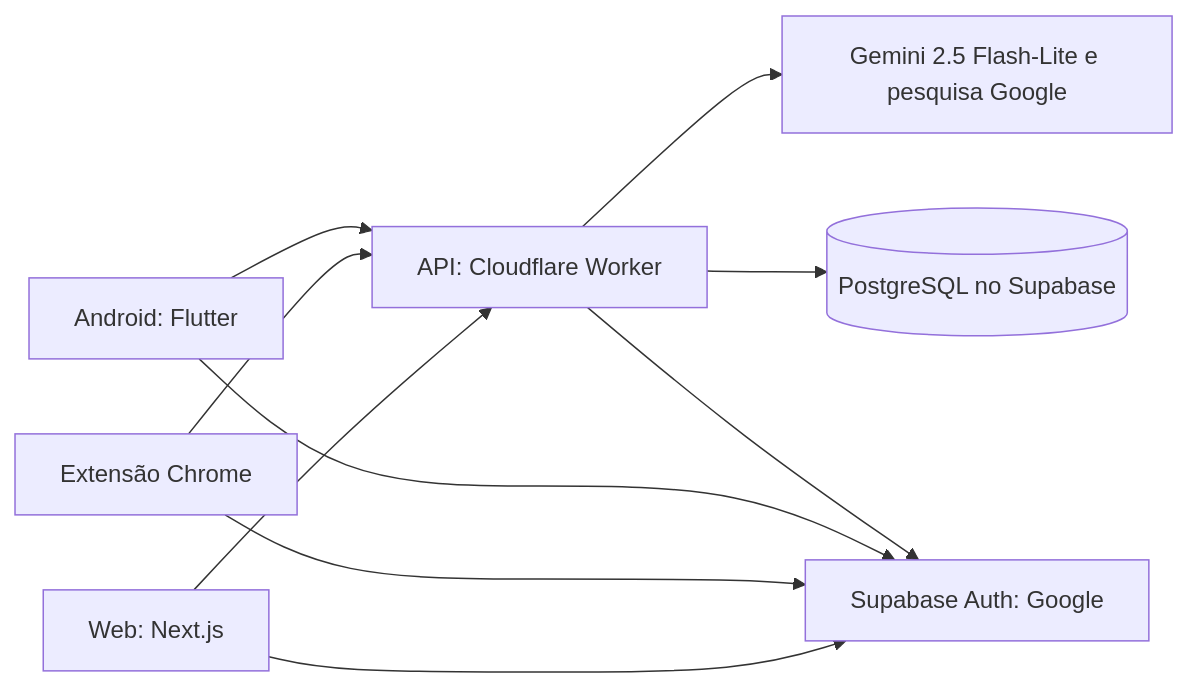
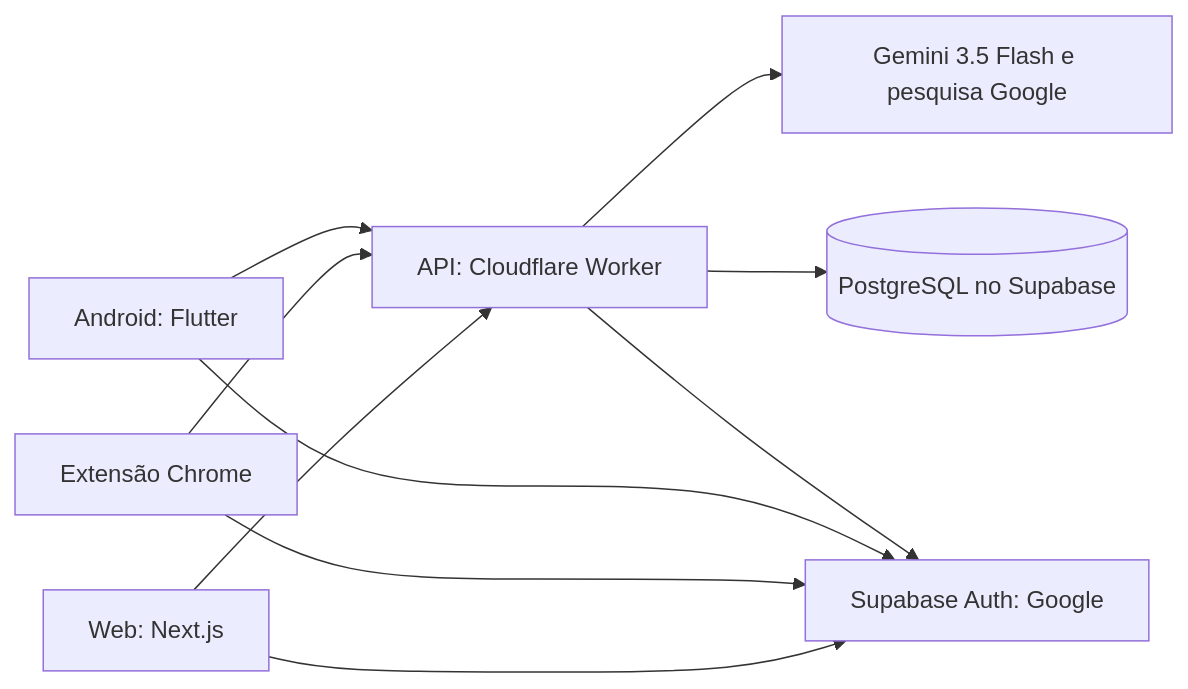
One commit to Muski360/AutenticAI changed the diagram in docs/ARQUITETURA.md. Above: the diagram before and after it, drawn with Mermaid. The commit also changed other lines of this file and 15 other files, not shown here.

````diff
--- a/docs/ARQUITETURA.md
+++ b/docs/ARQUITETURA.md
@@ -7,12 +7,12 @@
 ```mermaid
 flowchart LR
     W[Web: Next.js] --> API[API: Cloudflare Worker]
     C[Extensão Chrome] --> API
     A[Android: Flutter] --> API
-    API --> G[Gemini 2.5 Flash-Lite e pesquisa Google]
+    API --> G[Gemini 3.5 Flash e pesquisa Google]
     API --> DB[(PostgreSQL no Supabase)]
     W --> AUTH[Supabase Auth: Google]
     C --> AUTH
     A --> AUTH
     API --> AUTH
 ```
````
